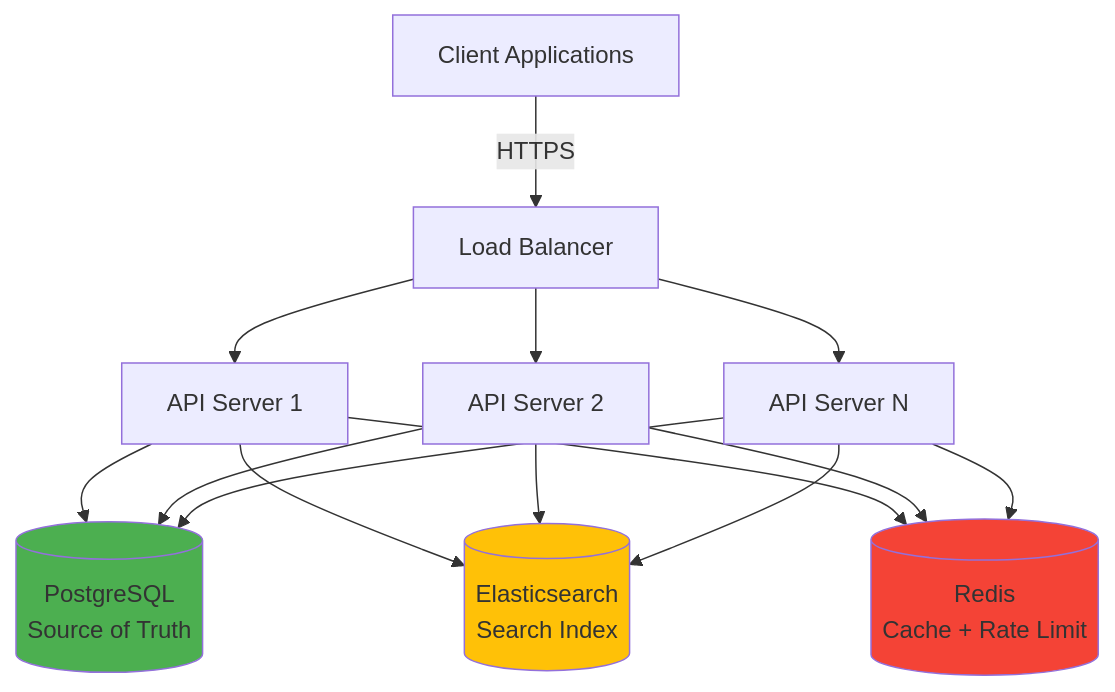
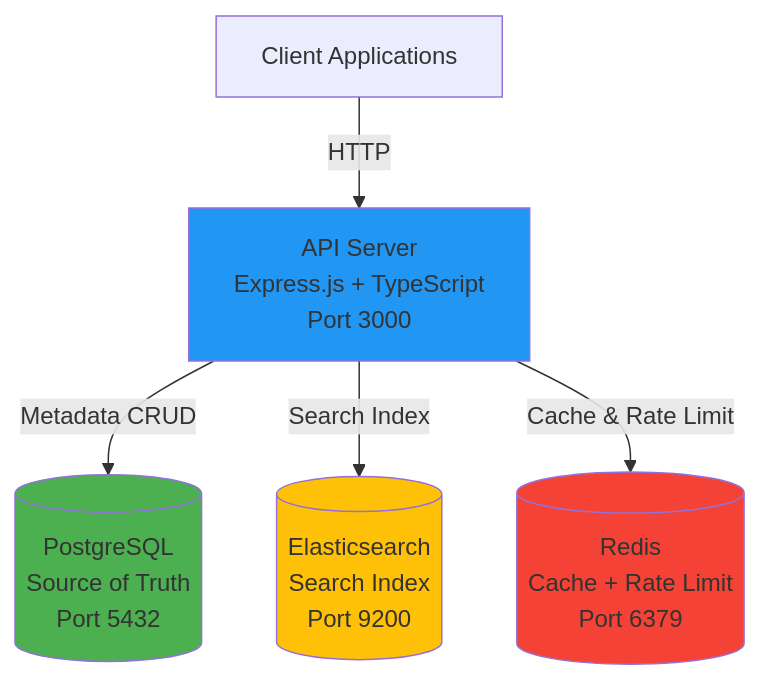
The first of 4 diagrams in docs/ARCHITECTURE.md (GauravSharmaCode/document-search-service), drawn with Mermaid before and after one commit. The commit also changed other lines of this file and 19 other files, not shown here.

First line of the commit message:
feat: Enhance architecture documentation and add production readiness analysis

````diff
--- a/docs/ARCHITECTURE.md
+++ b/docs/ARCHITECTURE.md
@@ -20,33 +22,21 @@
 ```mermaid
 graph TB
     Client[Client Applications]
-    LB[Load Balancer]
-    API1[API Server 1]
-    API2[API Server 2]
-    APIn[API Server N]
     
-    PG[(PostgreSQL<br/>Source of Truth)]
-    ES[(Elasticsearch<br/>Search Index)]
-    Redis[(Redis<br/>Cache + Rate Limit)]
+    API[API Server<br/>Express.js + TypeScript<br/>Port 3000]
     
-    Client -->|HTTPS| LB
-    LB --> API1
-    LB --> API2
-    LB --> APIn
+    PG[(PostgreSQL<br/>Source of Truth<br/>Port 5432)]
+    ES[(Elasticsearch<br/>Search Index<br/>Port 9200)]
+    Redis[(Redis<br/>Cache + Rate Limit<br/>Port 6379)]
     
-    API1 --> PG
-    API1 --> ES
-    API1 --> Redis
+    Client -->|HTTP| API
     
-    API2 --> PG
-    API2 --> ES
-    API2 --> Redis
+    API -->|Metadata CRUD| PG
+    API -->|Search Index| ES
+    API -->|Cache & Rate Limit| Redis
     
-    APIn --> PG
-    APIn --> ES
-    APIn --> Redis
-    
+    style API fill:#2196F3
     style PG fill:#4CAF50
     style ES fill:#FFC107
     style Redis fill:#F44336
 ```
````
